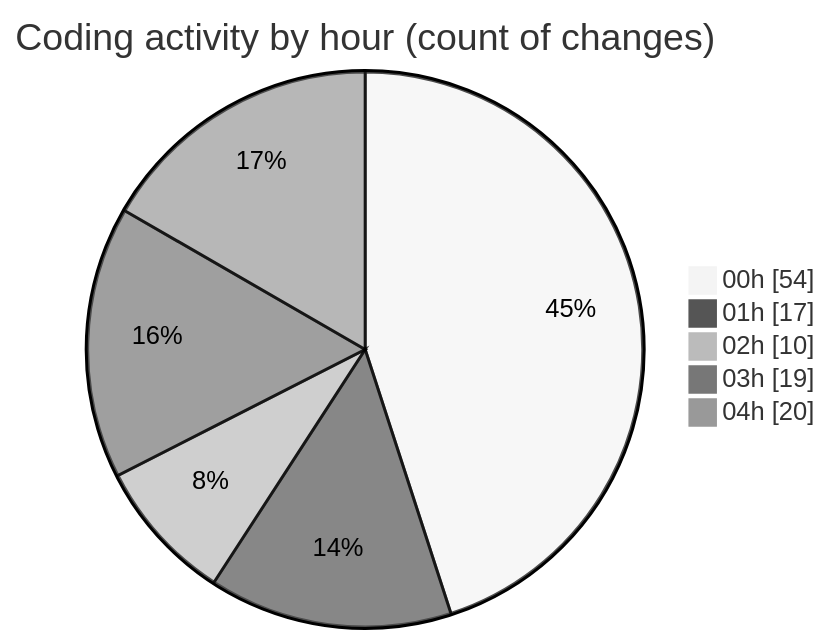
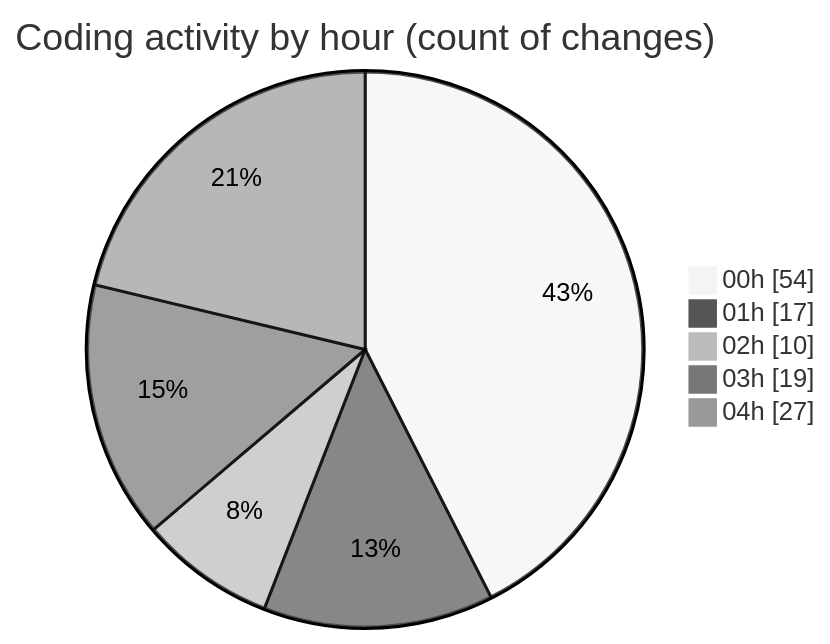
The second of 2 diagrams in 2025-07-26/quanlyrapchieuphim-1/README.md (lephambinh05/code-tracking), drawn with Mermaid (neutral theme) before and after one commit. The commit also changed other lines of this file and 1 other file, not shown here.

````diff
--- a/2025-07-26/quanlyrapchieuphim-1/README.md
+++ b/2025-07-26/quanlyrapchieuphim-1/README.md
@@ -38,9 +38,9 @@
 ```mermaid
 pie showData
 title Coding activity by hour (count of changes)
 "00h" : 54
 "01h" : 17
 "02h" : 10
 "03h" : 19
-"04h" : 20
+"04h" : 27
 ```
````
